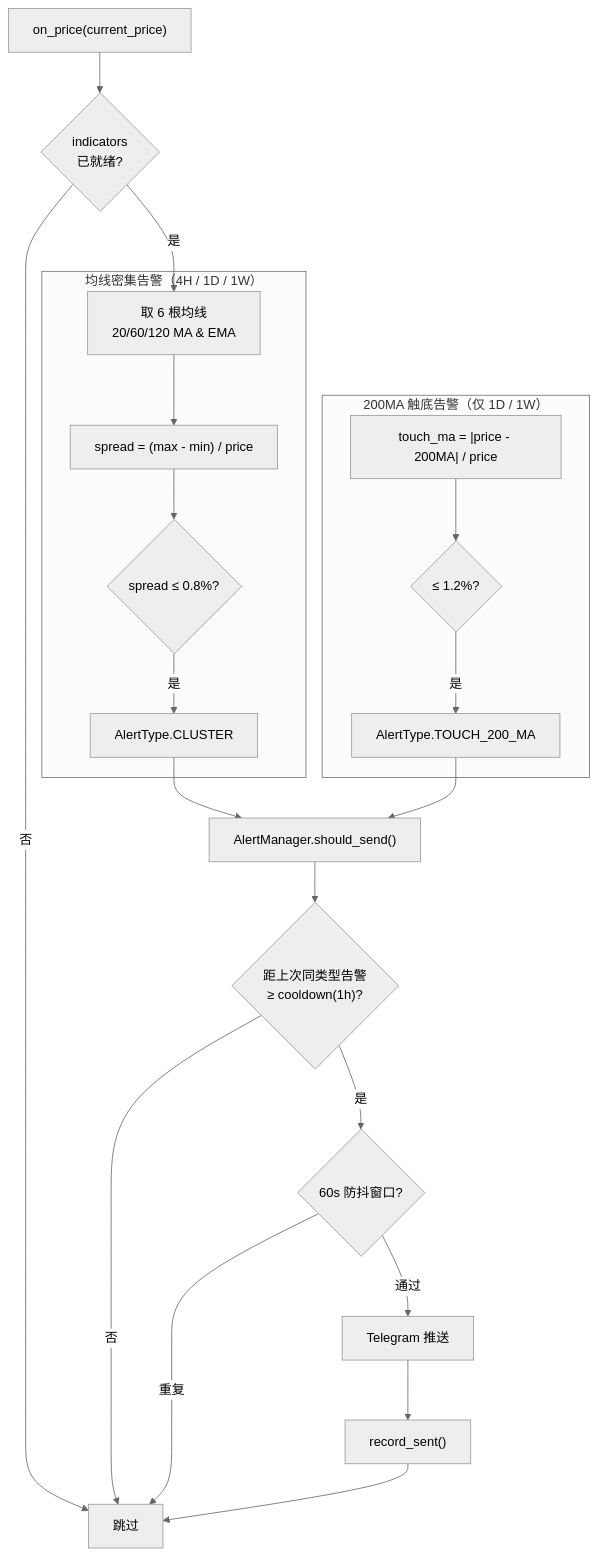
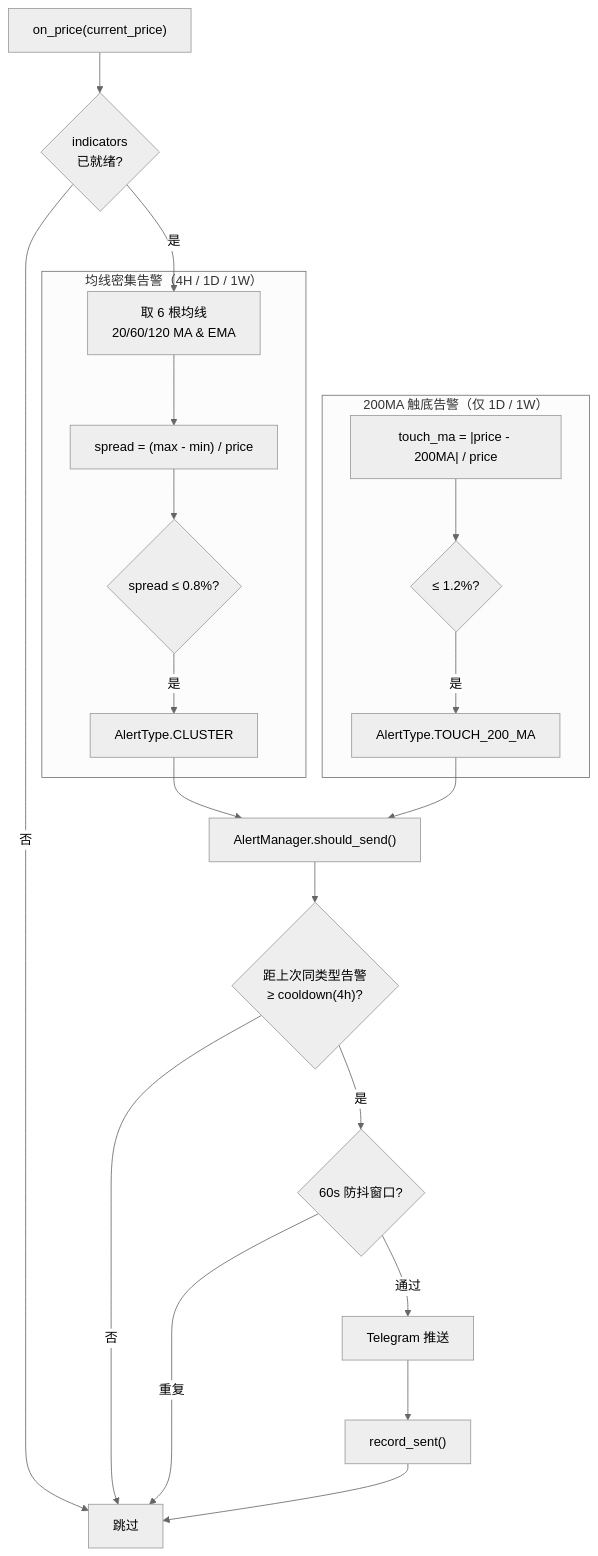
The fifth of 7 diagrams in readme.zh-CN.md (Formyselfonly/invest-alert-bot), drawn with Mermaid (neutral theme) before and after one commit. The commit also changed other lines of this file and 3 other files, not shown here.

````diff
--- a/readme.zh-CN.md
+++ b/readme.zh-CN.md
@@ -260,28 +260,28 @@
 ```mermaid
 flowchart TB
     START["on_price(current_price)"] --> CHECK{"indicators<br/>已就绪?"}
     CHECK -->|否| END["跳过"]
     CHECK -->|是| CLUSTER
 
     subgraph Cluster["均线密集告警（4H / 1D / 1W）"]
         CLUSTER["取 6 根均线<br/>20/60/120 MA & EMA"]
         CLUSTER --> SPREAD["spread = (max - min) / price"]
         SPREAD --> COK{"spread ≤ 0.8%?"}
         COK -->|是| CE["AlertType.CLUSTER"]
     end
 
     subgraph Touch["200MA 触底告警（仅 1D / 1W）"]
         TMA["touch_ma = |price - 200MA| / price"]
         TMA --> TOK1{"≤ 1.2%?"}
         TOK1 -->|是| AE1["AlertType.TOUCH_200_MA"]
     end
 
     CE & AE1 --> AM["AlertManager.should_send()"]
-    AM --> COOL{"距上次同类型告警<br/>≥ cooldown(1h)?"}
+    AM --> COOL{"距上次同类型告警<br/>≥ cooldown(4h)?"}
     COOL -->|否| END
     COOL -->|是| DEDUP{"60s 防抖窗口?"}
     DEDUP -->|重复| END
     DEDUP -->|通过| SEND["Telegram 推送"]
     SEND --> REC["record_sent()"]
     REC --> END
 ```
````
